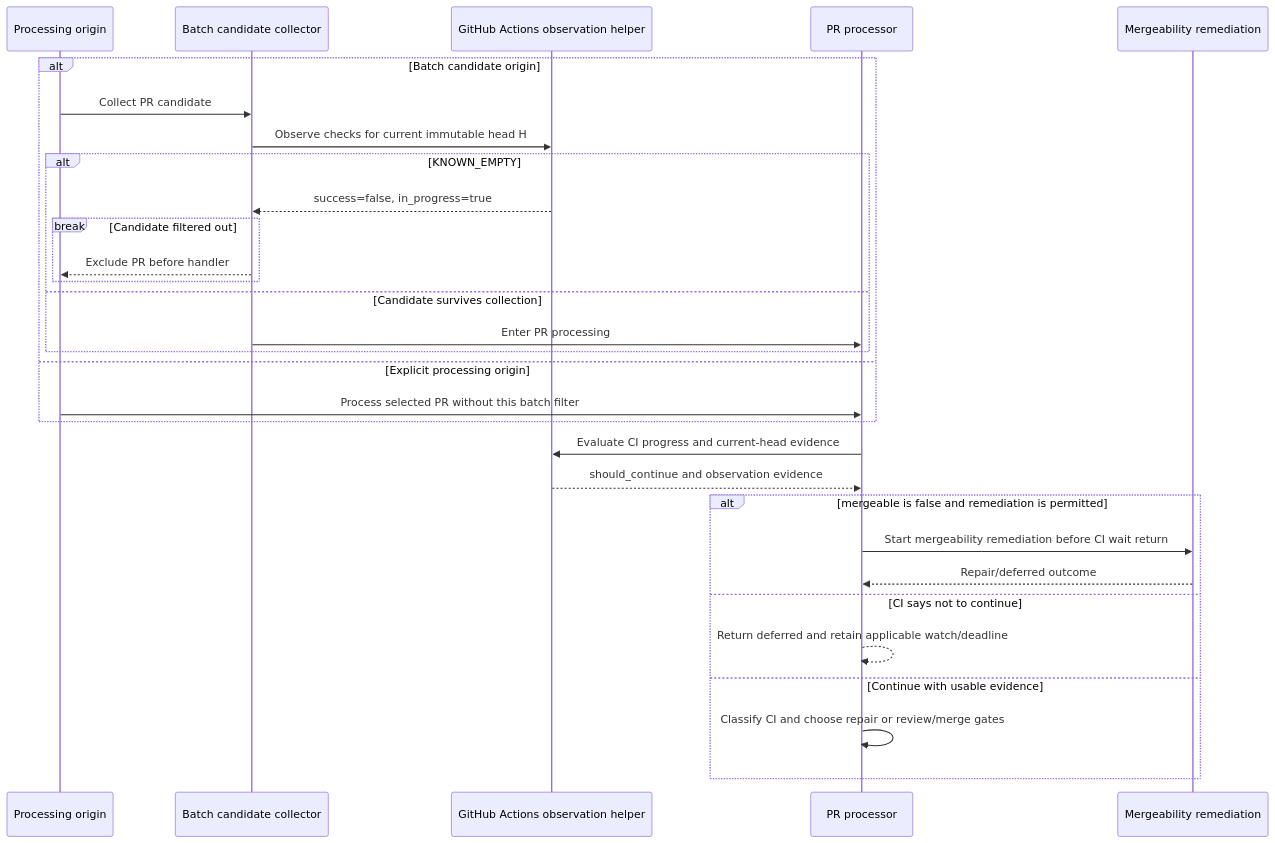
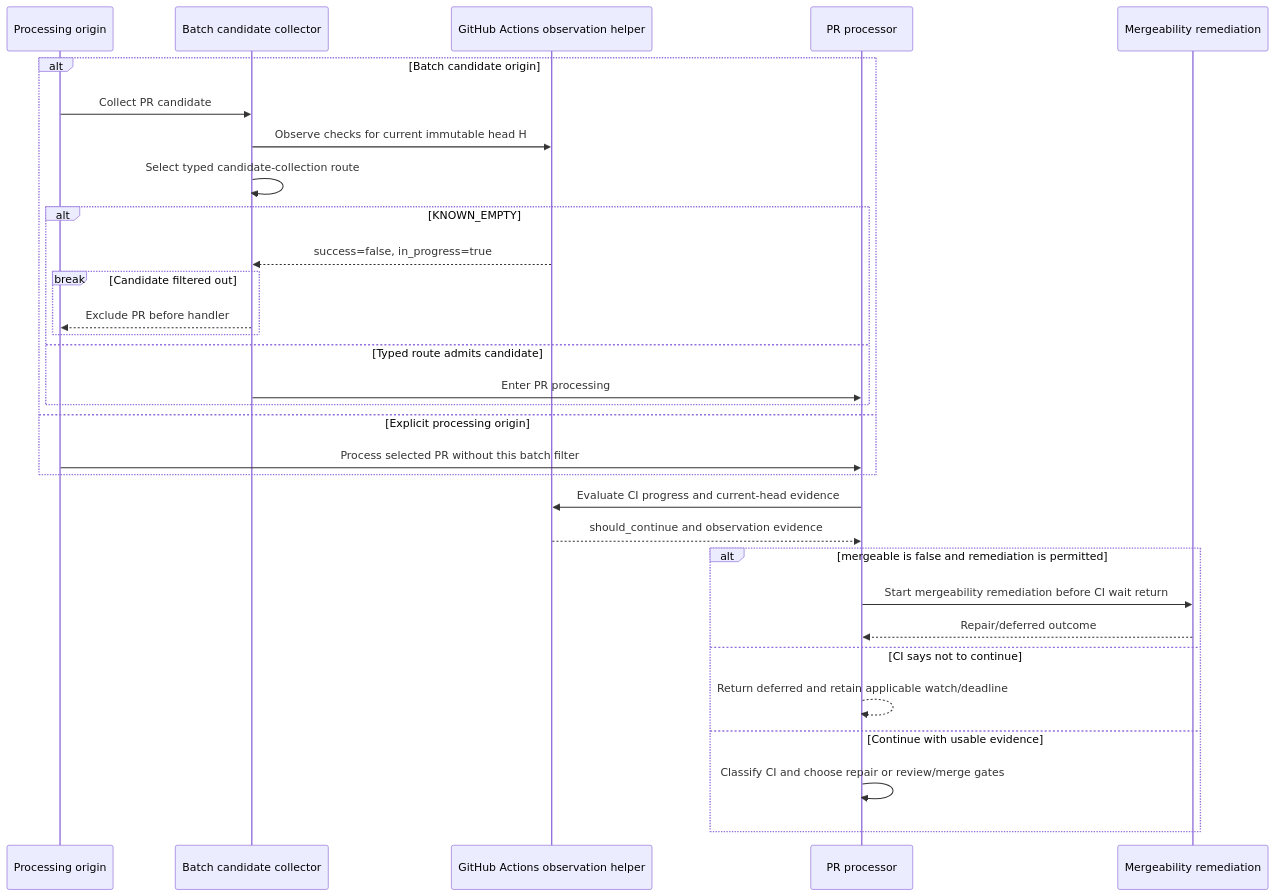
Before and after one commit to kitamura-tetsuo/auto-coder: the first of 2 diagrams in docs/architecture/as-is/pr-ci-and-repair.md, drawn with Mermaid. The commit also changed other lines of this file and 7 other files, not shown here.

First line of the commit message:
Use typed pre-review PR progress policy in candidate collection and reuse single CI observation for deployment approval (#2511)

````diff
--- a/docs/architecture/as-is/pr-ci-and-repair.md
+++ b/docs/architecture/as-is/pr-ci-and-repair.md
@@ -14,32 +14,33 @@
 ```mermaid
 sequenceDiagram
     participant O as Processing origin
     participant E as Batch candidate collector
     participant C as GitHub Actions observation helper
     participant P as PR processor
     participant R as Mergeability remediation
     alt Batch candidate origin
         O->>E: Collect PR candidate
         E->>C: Observe checks for current immutable head H
+        E->>E: Select typed candidate-collection route
         alt KNOWN_EMPTY
             C-->>E: success=false, in_progress=true
             break Candidate filtered out
                 E-->>O: Exclude PR before handler
             end
-        else Candidate survives collection
+        else Typed route admits candidate
             E->>P: Enter PR processing
         end
     else Explicit processing origin
         O->>P: Process selected PR without this batch filter
     end
     P->>C: Evaluate CI progress and current-head evidence
     C-->>P: should_continue and observation evidence
     alt mergeable is false and remediation is permitted
         P->>R: Start mergeability remediation before CI wait return
         R-->>P: Repair/deferred outcome
     else CI says not to continue
         P-->>P: Return deferred and retain applicable watch/deadline
     else Continue with usable evidence
         P->>P: Classify CI and choose repair or review/merge gates
     end
 ```
````
